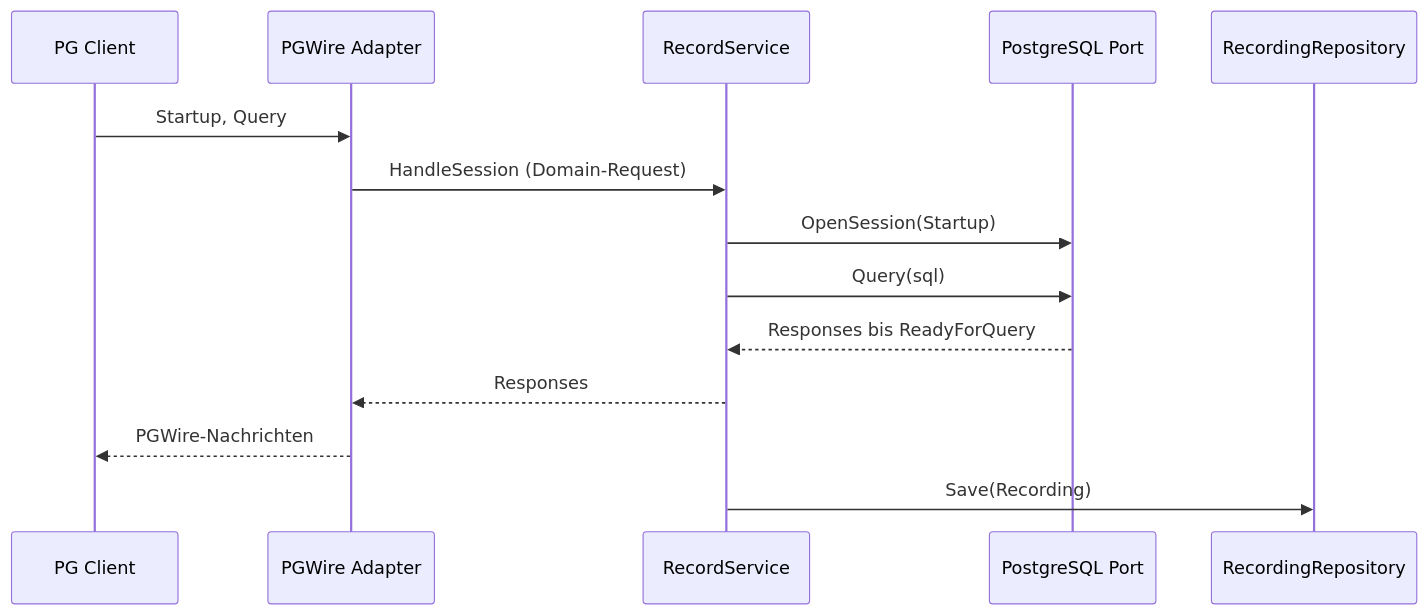
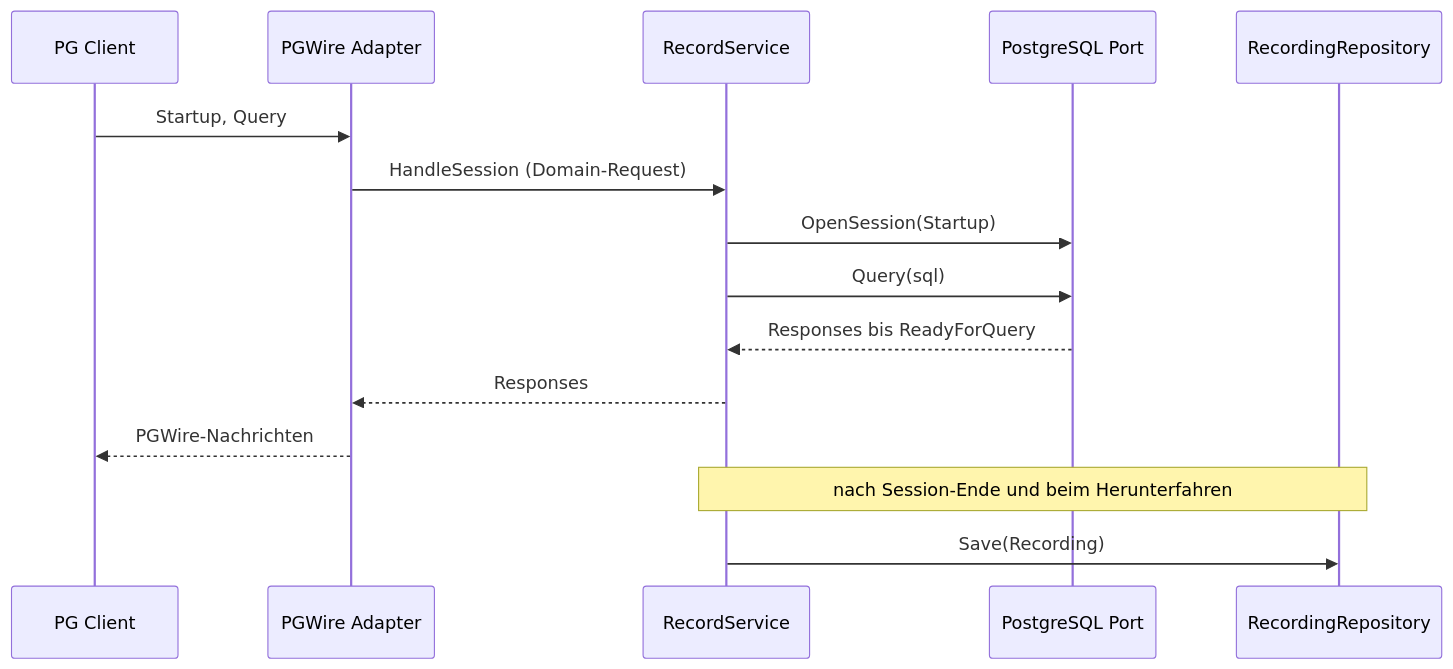
One commit to pt9912/pgwire-recorder changed the second of 6 diagrams in spec/architecture.md. Above: the diagram before and after it, drawn with Mermaid. The commit also changed other lines of this file and 1 other file, not shown here.

First line of the commit message:
Spezifikation und Architektur: Review-Findings eingearbeitet (LH-FA-13, LH-FA-05)

````diff
--- a/spec/architecture.md
+++ b/spec/architecture.md
@@ -255,16 +257,17 @@
 ```mermaid
 sequenceDiagram
     participant Client as PG Client
     participant PGW as PGWire Adapter
     participant Rec as RecordService
     participant PG as PostgreSQL Port
     participant Repo as RecordingRepository
     Client->>PGW: Startup, Query
     PGW->>Rec: HandleSession (Domain-Request)
     Rec->>PG: OpenSession(Startup)
     Rec->>PG: Query(sql)
     PG-->>Rec: Responses bis ReadyForQuery
     Rec-->>PGW: Responses
     PGW-->>Client: PGWire-Nachrichten
+    Note over Rec,Repo: nach Session-Ende und beim Herunterfahren
     Rec->>Repo: Save(Recording)
 ```
````
